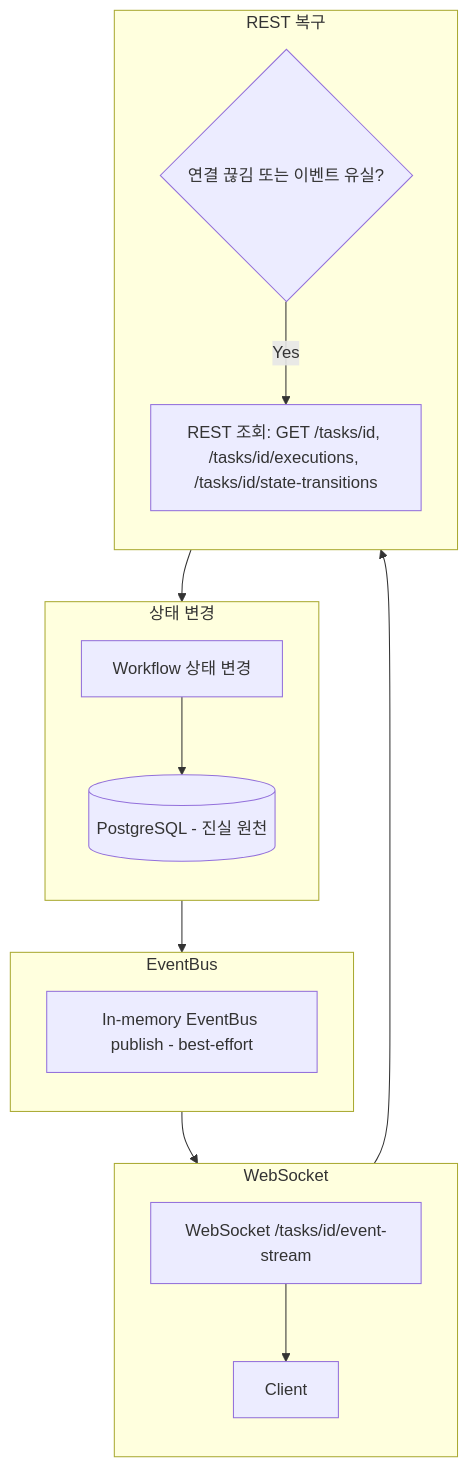
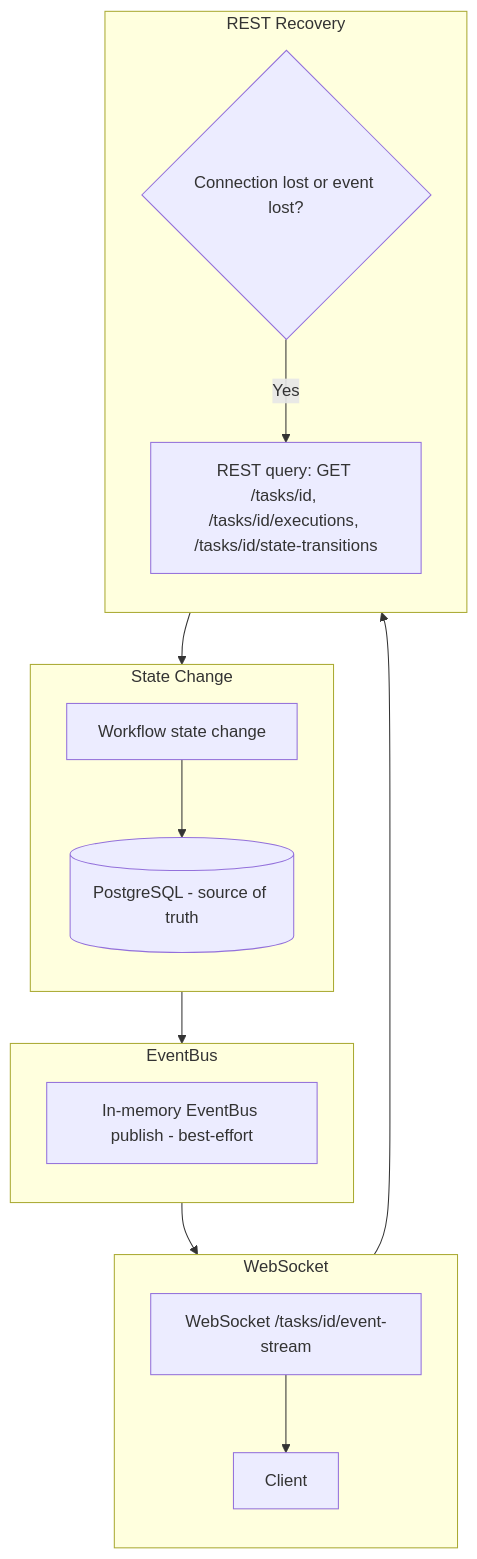
One commit to mdgome/orchestra-ai changed the third of 4 diagrams in docs/workflow/11-task-lifecycle.md. Above: the diagram before and after it, drawn with Mermaid. The commit also changed other lines of this file and 31 other files, not shown here.

````diff
--- a/docs/workflow/11-task-lifecycle.md
+++ b/docs/workflow/11-task-lifecycle.md
@@ -97,28 +99,28 @@
 ```mermaid
 flowchart TD
-    subgraph CHANGE["상태 변경"]
+    subgraph CHANGE["State Change"]
         direction TB
-        H["Workflow 상태 변경"] --> I[("PostgreSQL - 진실 원천")]
+        H["Workflow state change"] --> I[("PostgreSQL - source of truth")]
     end
 
     subgraph BUS["EventBus"]
         direction TB
         J["In-memory EventBus publish - best-effort"]
     end
 
     subgraph WS["WebSocket"]
         direction TB
         K["WebSocket /tasks/id/event-stream"] --> L["Client"]
     end
 
-    subgraph REST["REST 복구"]
+    subgraph REST["REST Recovery"]
         direction TB
-        M{"연결 끊김 또는 이벤트 유실?"}
-        M -->|"Yes"| N["REST 조회: GET /tasks/id, /tasks/id/executions, /tasks/id/state-transitions"]
+        M{"Connection lost or event lost?"}
+        M -->|"Yes"| N["REST query: GET /tasks/id, /tasks/id/executions, /tasks/id/state-transitions"]
     end
 
     H --> J
     J --> K
     L --> M
     N --> I
 ```
````
